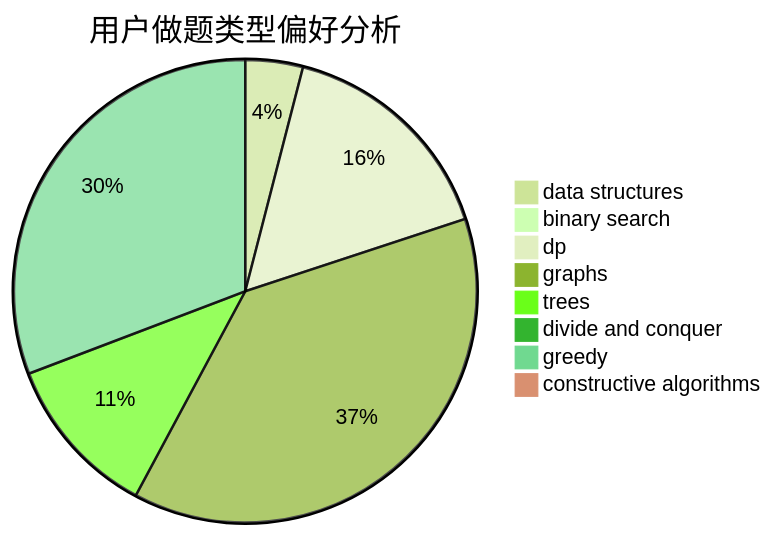
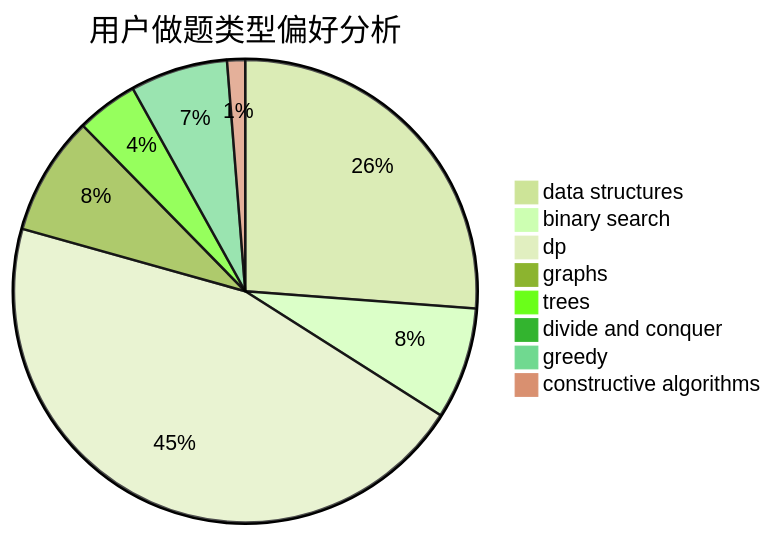
One commit to sherpahu/cfrs.github.io changed the second of 3 diagrams in docs/user/u787.md. Above: the diagram before and after it, drawn with Mermaid (forest theme). The commit also changed other lines of this file and 2770 other files, not shown here.

````diff
--- a/docs/user/u787.md
+++ b/docs/user/u787.md
@@ -23,11 +23,11 @@
 ```mermaid
 pie title 用户做题类型偏好分析
-    "data structures" :  30
-    "binary search" :  6
-    "dp" :  119
-    "graphs" :  283
-    "trees" :  85
-    "divide and conquer" :  5
-    "greedy" :  230
-    "constructive algorithms" :  1
+    "data structures" :  104
+    "binary search" :  31
+    "dp" :  180
+    "graphs" :  33
+    "trees" :  17
+    "divide and conquer" :  2
+    "greedy" :  27
+    "constructive algorithms" :  5
 ```
````
